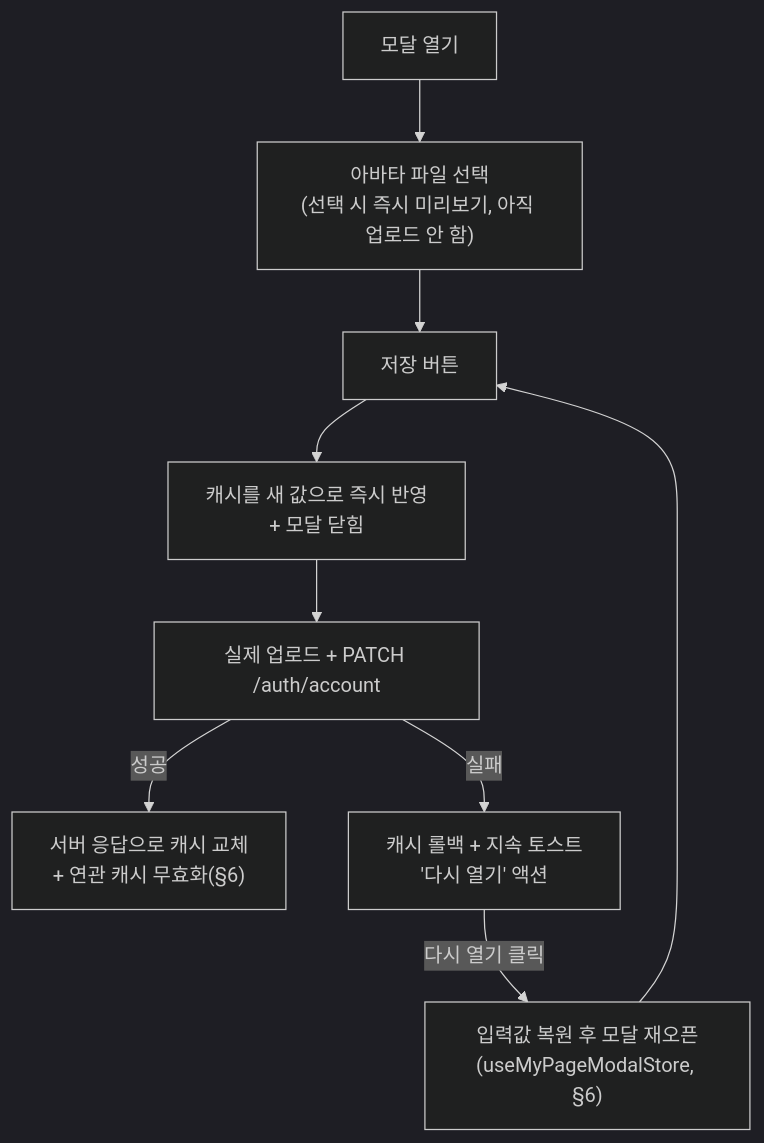
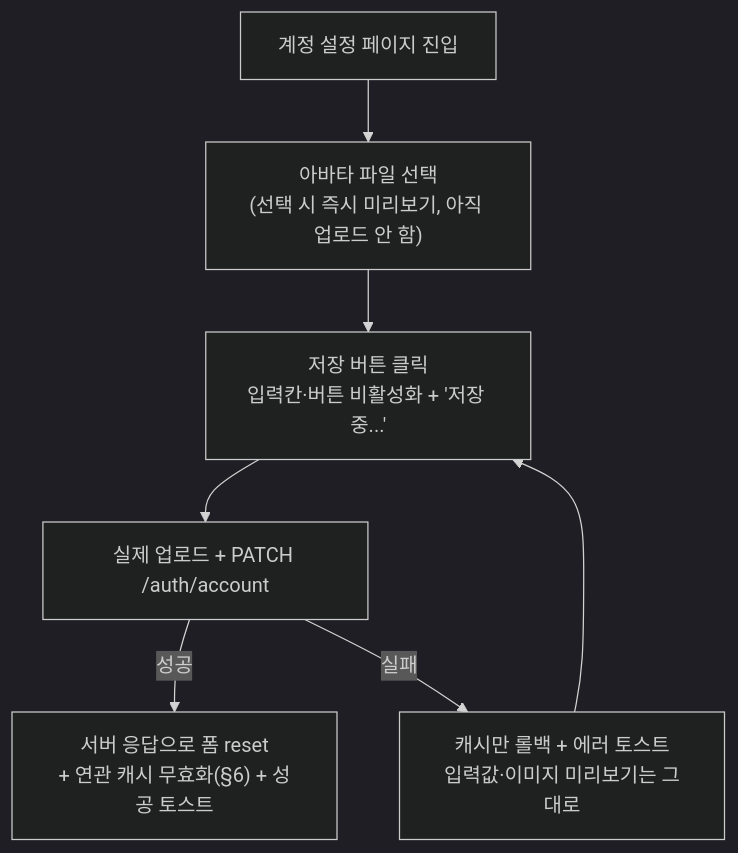
Before and after one commit to BAECHAN/link-sphere_FE_NEW: the diagram in docs/MYPAGE.md, drawn with Mermaid (dark theme). The commit also changed other lines of this file and 18 other files, not shown here.

````diff
--- a/docs/MYPAGE.md
+++ b/docs/MYPAGE.md
@@ -24,11 +26,9 @@
 ```mermaid
 flowchart TD
-  Open["모달 열기"] --> Pick["아바타 파일 선택<br/>(선택 시 즉시 미리보기, 아직 업로드 안 함)"]
-  Pick --> Submit["저장 버튼"]
-  Submit --> Optimistic["캐시를 새 값으로 즉시 반영<br/>+ 모달 닫힘"]
-  Optimistic --> Upload["실제 업로드 + PATCH /auth/account"]
-  Upload -->|성공| Replace["서버 응답으로 캐시 교체<br/>+ 연관 캐시 무효화(§6)"]
-  Upload -->|실패| Rollback["캐시 롤백 + 지속 토스트<br/>'다시 열기' 액션"]
-  Rollback -->|다시 열기 클릭| Restore["입력값 복원 후 모달 재오픈<br/>(useMyPageModalStore, §6)"]
-  Restore --> Submit
+  Enter["계정 설정 페이지 진입"] --> Pick["아바타 파일 선택<br/>(선택 시 즉시 미리보기, 아직 업로드 안 함)"]
+  Pick --> Submit["저장 버튼 클릭<br/>입력칸·버튼 비활성화 + '저장 중...'"]
+  Submit --> Upload["실제 업로드 + PATCH /auth/account"]
+  Upload -->|성공| Replace["서버 응답으로 폼 reset<br/>+ 연관 캐시 무효화(§6) + 성공 토스트"]
+  Upload -->|실패| Rollback["캐시만 롤백 + 에러 토스트<br/>입력값·이미지 미리보기는 그대로"]
+  Rollback --> Submit
 ```
````
